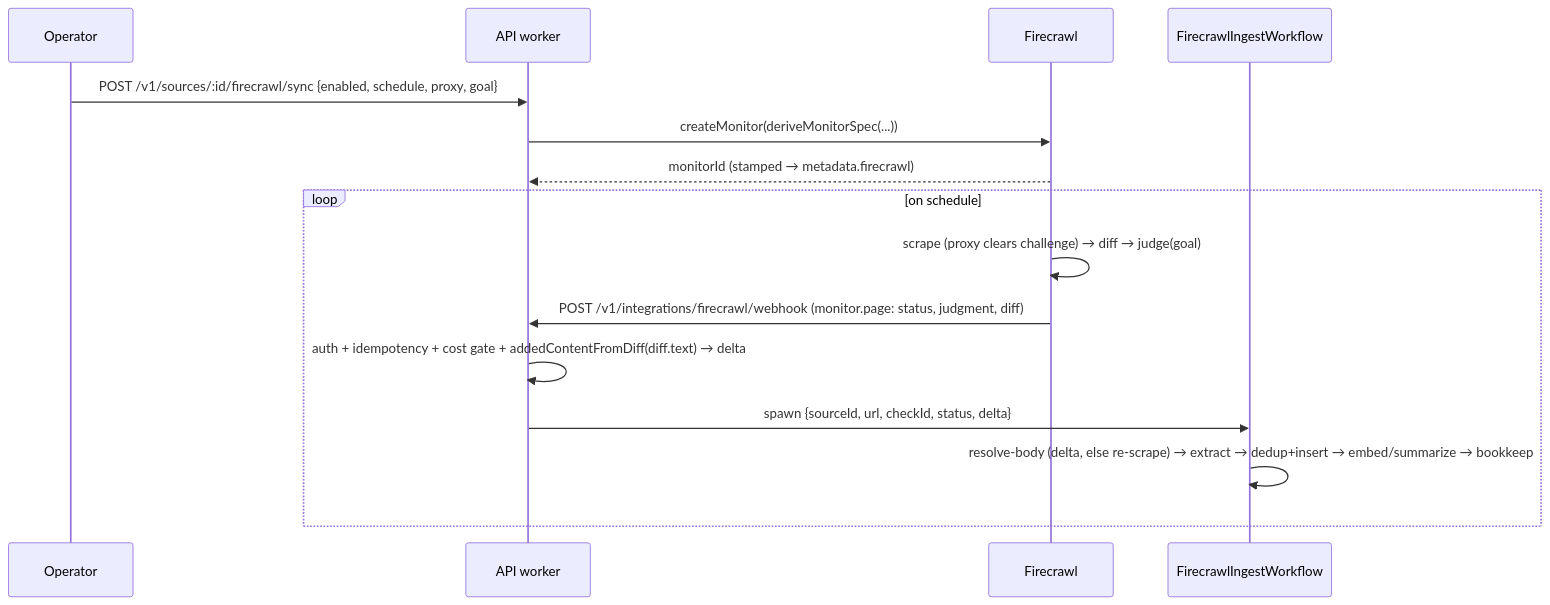
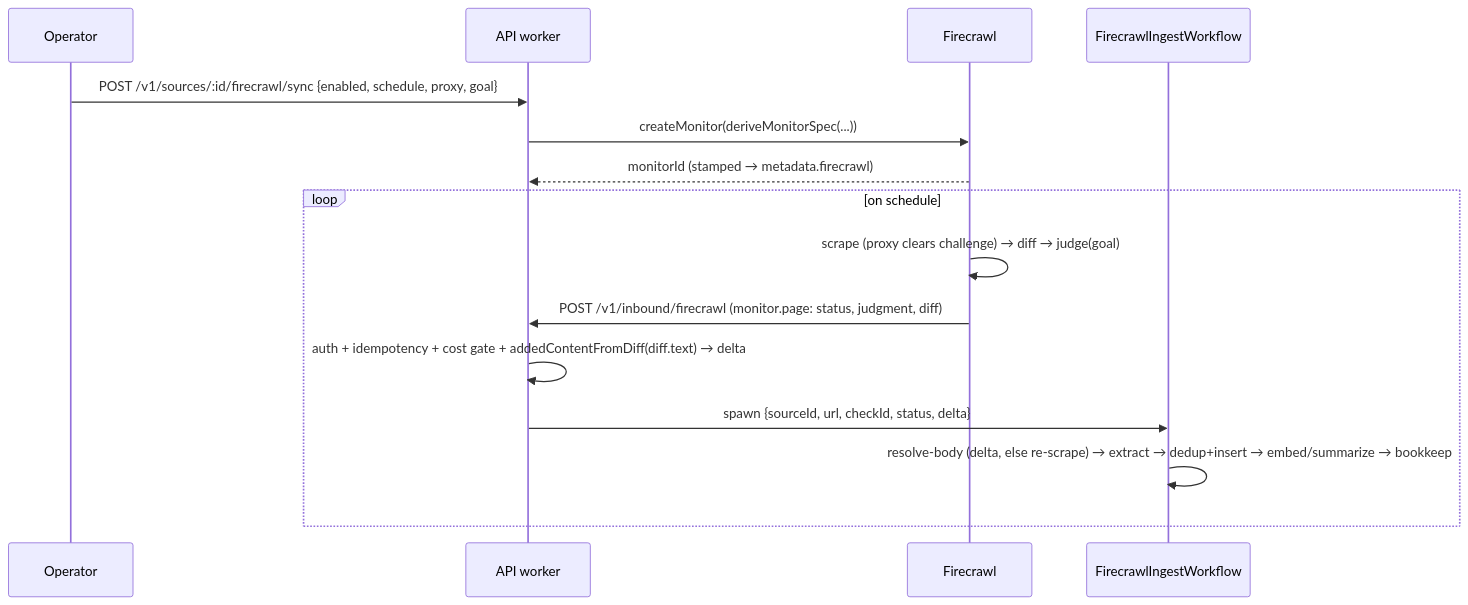
Before and after one commit to buildinternet/releases: the diagram in docs/architecture/firecrawl-monitoring.md, drawn with Mermaid. The commit also changed other lines of this file and 13 other files, not shown here.

First line of the commit message:
fix(api): receive provider webhooks at /v1/inbound/<provider> (#2428)

````diff
--- a/docs/architecture/firecrawl-monitoring.md
+++ b/docs/architecture/firecrawl-monitoring.md
@@ -9,19 +9,19 @@
 ```mermaid
 sequenceDiagram
     participant Op as Operator
     participant API as API worker
     participant FC as Firecrawl
     participant WF as FirecrawlIngestWorkflow
 
     Op->>API: POST /v1/sources/:id/firecrawl/sync {enabled, schedule, proxy, goal}
     API->>FC: createMonitor(deriveMonitorSpec(...))
     FC-->>API: monitorId  (stamped → metadata.firecrawl)
 
     loop on schedule
         FC->>FC: scrape (proxy clears challenge) → diff → judge(goal)
-        FC->>API: POST /v1/integrations/firecrawl/webhook  (monitor.page: status, judgment, diff)
+        FC->>API: POST /v1/inbound/firecrawl  (monitor.page: status, judgment, diff)
         API->>API: auth + idempotency + cost gate + addedContentFromDiff(diff.text) → delta
         API->>WF: spawn {sourceId, url, checkId, status, delta}
         WF->>WF: resolve-body (delta, else re-scrape) → extract → dedup+insert → embed/summarize → bookkeep
     end
 ```
````
